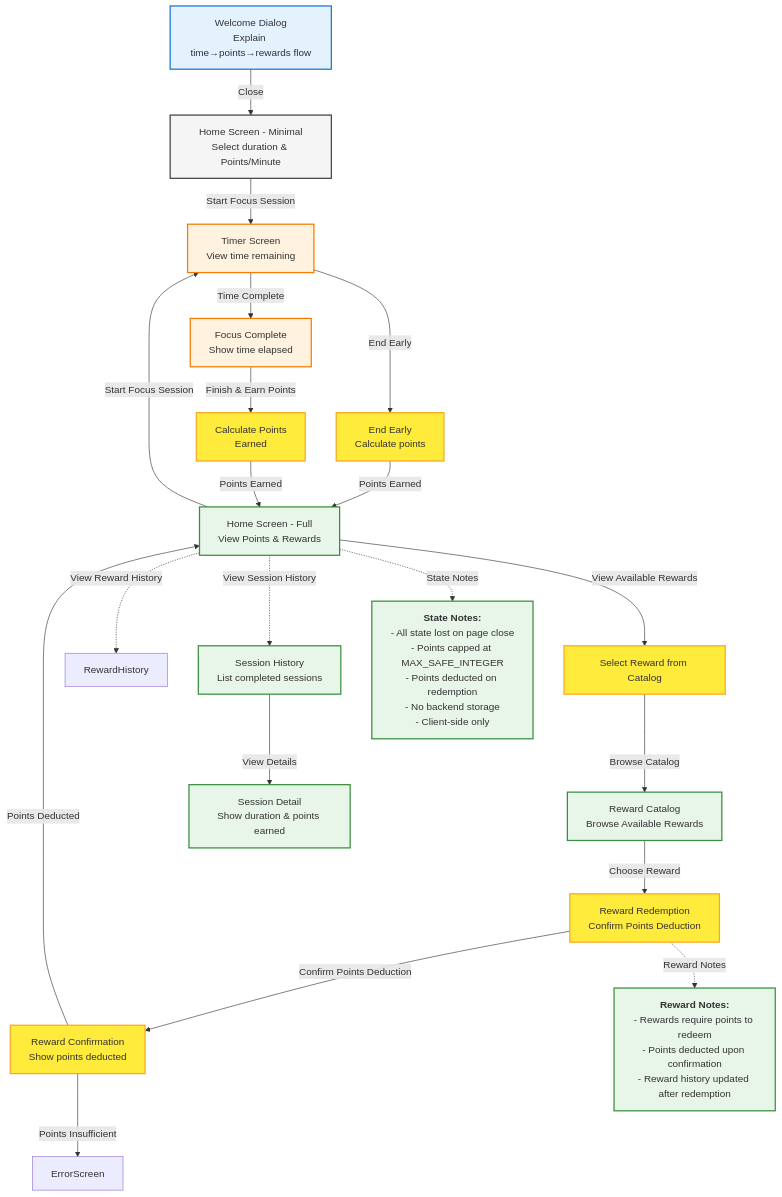
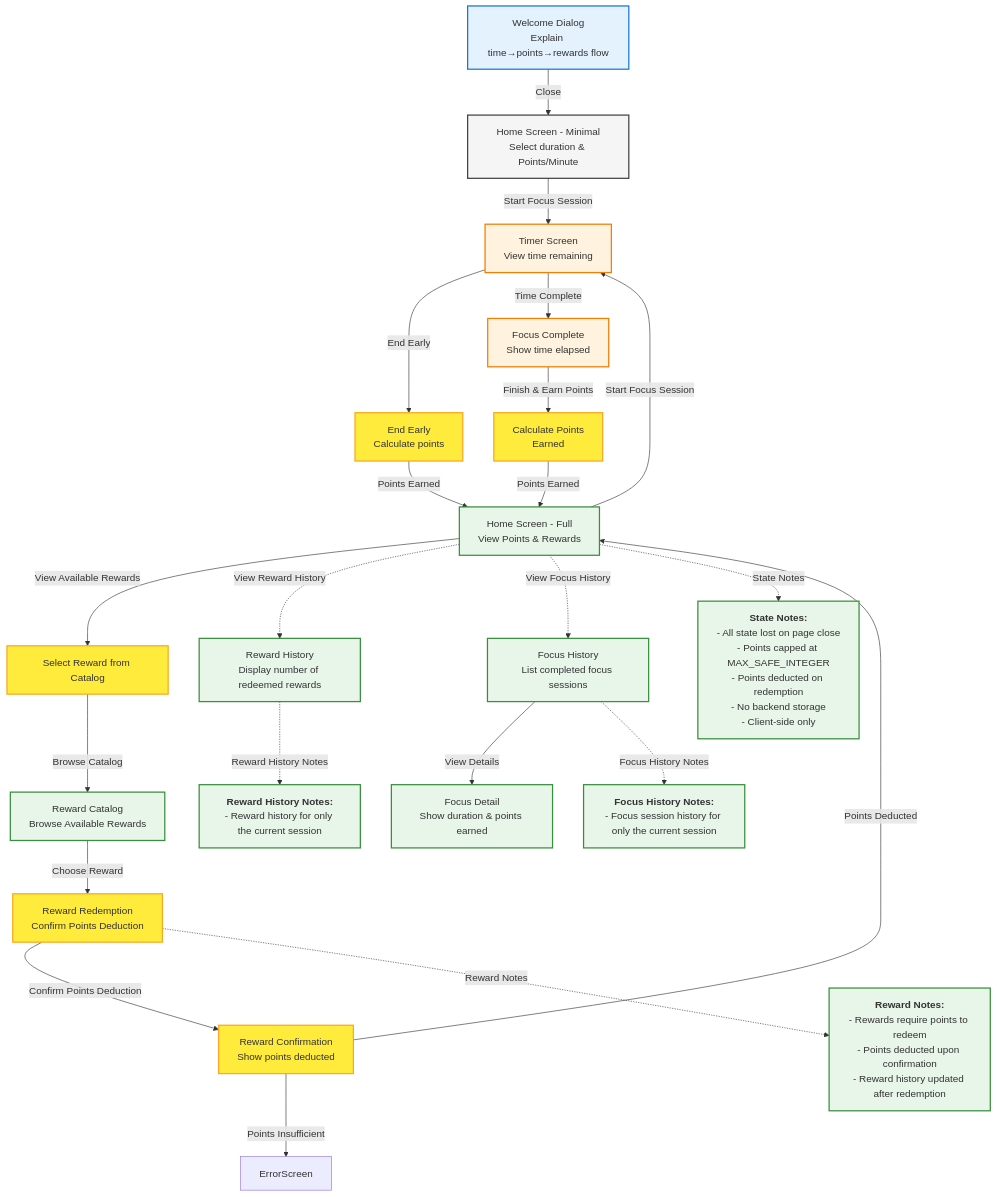
One commit to michellekli/PomoExchange changed the diagram in design.md. Above: the diagram before and after it, drawn with Mermaid. The commit also changed other lines of this file, not shown here.

Commit message:
Make difference between session and focus session more clear

````diff
--- a/design.md
+++ b/design.md
@@ -59,73 +62,80 @@
 ```mermaid
 flowchart TD
    %% Define styles
    classDef welcome fill:#e3f2fd,stroke:#1976d2,stroke-width:2px
    classDef homeMinimal fill:#f5f5f5,stroke:#424242,stroke-width:2px
    classDef timer fill:#fff3e0,stroke:#f57c00,stroke-width:2px
    classDef homeFull fill:#e8f5e9,stroke:#388e3c,stroke-width:2px
    classDef action fill:#ffeb3b,stroke:#f9a825,stroke-width:2px
 
    %% Welcome Dialog
    Welcome[Welcome Dialog<br/>Explain time→points→rewards flow]:::welcome
    Welcome -->|Close| HomeMinimal
 
    %% Home Screen - Minimal
    HomeMinimal[Home Screen - Minimal<br/>Select duration & Points/Minute]:::homeMinimal
    HomeMinimal -->|Start Focus Session| Timer
 
    %% Timer Screen
    Timer[Timer Screen<br/>View time remaining]:::timer
    Timer -->|End Early| EndEarly
    Timer -->|Time Complete| Complete
 
    %% End Early Path
    EndEarly[End Early<br/>Calculate points]:::action
    EndEarly -->|Points Earned| HomeFull
 
    %% Complete Path
    Complete[Focus Complete<br/>Show time elapsed]:::timer
    Complete -->|Finish & Earn Points| EarnPoints
 
    %% Earn Points Path
    EarnPoints[Calculate Points<br/>Earned]:::action
    EarnPoints -->|Points Earned| HomeFull
 
    %% Home Screen - Full
    HomeFull[Home Screen - Full<br/>View Points & Rewards]:::homeFull
    HomeFull -->|Start Focus Session| Timer
    HomeFull -->|View Available Rewards| RewardSelection
 
    %% Reward Selection Path
    RewardSelection[Select Reward from Catalog]:::action
    RewardSelection -->|Browse Catalog| RewardCatalog
 
    %% Reward Catalog
    RewardCatalog[Reward Catalog<br/>Browse Available Rewards]:::homeFull
    RewardCatalog -->|Choose Reward| RewardRedemption
 
    %% Reward Redemption Path
    RewardRedemption[Reward Redemption<br/>Confirm Points Deduction]:::action
    RewardRedemption -->|Confirm Points Deduction| RewardConfirmation
 
    %% Reward Confirmation Path
    RewardConfirmation[Reward Confirmation<br/>Show points deducted]:::action
    RewardConfirmation -->|Points Insufficient| ErrorScreen
    RewardConfirmation -->|Points Deducted| HomeFull
 
    %% Reward History
    HomeFull -.->|View Reward History| RewardHistory
-   HomeFull -.->|View Session History| SessionHistory
+   HomeFull -.->|View Focus History| FocusHistory
 
-   %% Session History
-   SessionHistory[Session History<br/>List completed sessions]:::homeFull
-   SessionHistory -->|View Details| SessionDetail
-   SessionDetail[Session Detail<br/>Show duration & points earned]:::homeFull
+   %% Reward History
+   RewardHistory[Reward History<br/>Display number of redeemed rewards]:::homeFull
+
+   %% Focus History
+   FocusHistory[Focus History<br/>List completed focus sessions]:::homeFull
+   FocusHistory -->|View Details| FocusDetail
+   FocusDetail[Focus Detail<br/>Show duration & points earned]:::homeFull
 
    %% State Notes
    note1[<b>State Notes:</b><br/>- All state lost on page close<br/>- Points capped at MAX_SAFE_INTEGER<br/>- Points deducted on redemption<br/>- No backend storage<br/>- Client-side only]:::homeFull
    note2[<b>Reward Notes:</b><br/>- Rewards require points to redeem<br/>- Points deducted upon confirmation<br/>- Reward history updated after redemption]:::homeFull
+   note3[<b>Reward History Notes:</b><br/>- Reward history for only the current session]:::homeFull
+   note4[<b>Focus History Notes:</b><br/>- Focus session history for only the current session]:::homeFull
 
    %% Connect notes
    HomeFull -.->|State Notes| note1
    RewardRedemption -.->|Reward Notes| note2
+   RewardHistory -.->|Reward History Notes| note3
+   FocusHistory -.->|Focus History Notes| note4
 ```
````
